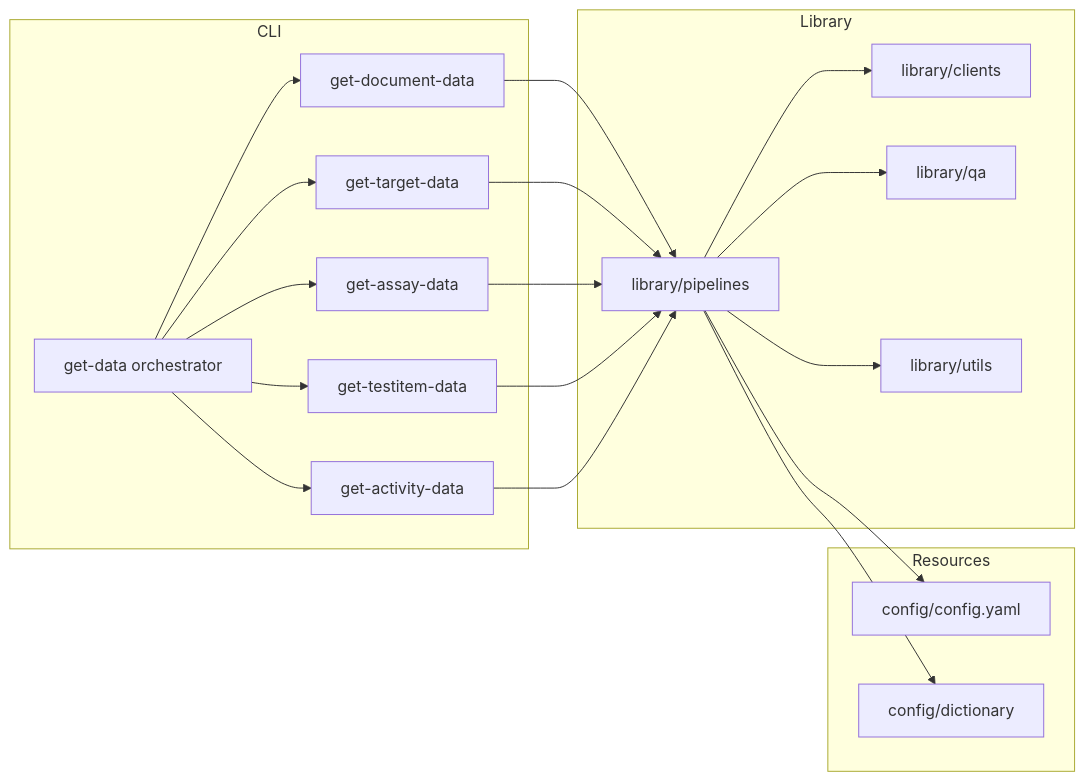
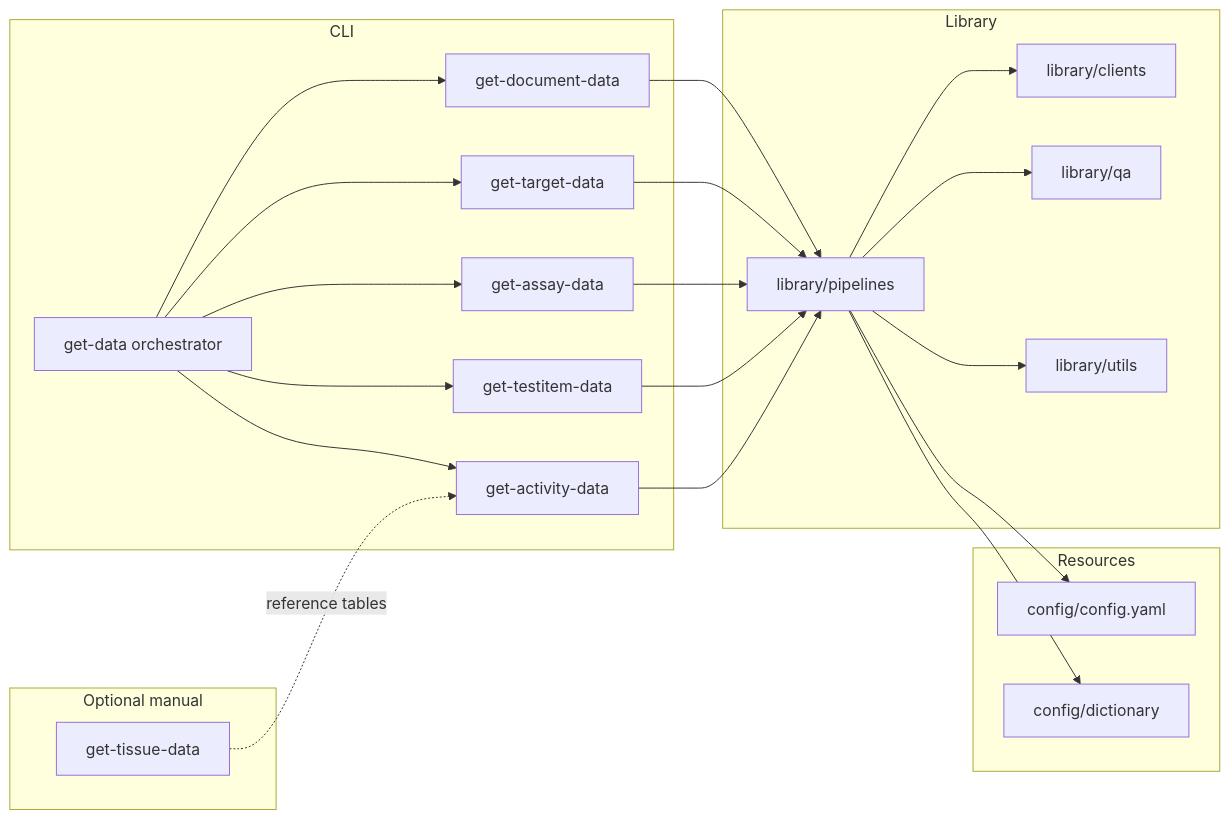
Before and after one commit to SatoryKono/ChEMBL_data_acquisition: the diagram in docs/en/architecture/ARCHITECTURE.md, drawn with Mermaid. The commit also changed other lines of this file and 4 other files, not shown here.

Commit message:
Document manual tissue step for get-data orchestrator

````diff
--- a/docs/en/architecture/ARCHITECTURE.md
+++ b/docs/en/architecture/ARCHITECTURE.md
@@ -3,29 +3,33 @@
 ```mermaid
 flowchart LR
     subgraph CLI
         A1[get-document-data]
         A2[get-target-data]
         A3[get-assay-data]
         A4[get-testitem-data]
         A5[get-activity-data]
         A0[get-data orchestrator]
+    end
+    subgraph Optional manual
+        A6[get-tissue-data]
     end
     subgraph Library
         B1[library/clients]
         B2[library/pipelines]
         B3[library/qa]
         B4[library/utils]
     end
     subgraph Resources
         C1[config/config.yaml]
         C2[config/dictionary]
     end
 
     A0 --> A1 & A2 & A3 & A4 & A5
+    A6 -.->|reference tables| A5
     A1 & A2 & A3 & A4 & A5 --> B2
     B2 --> B1
     B2 --> B3
     B2 --> B4
     B2 --> C1
     B2 --> C2
 ```
````
